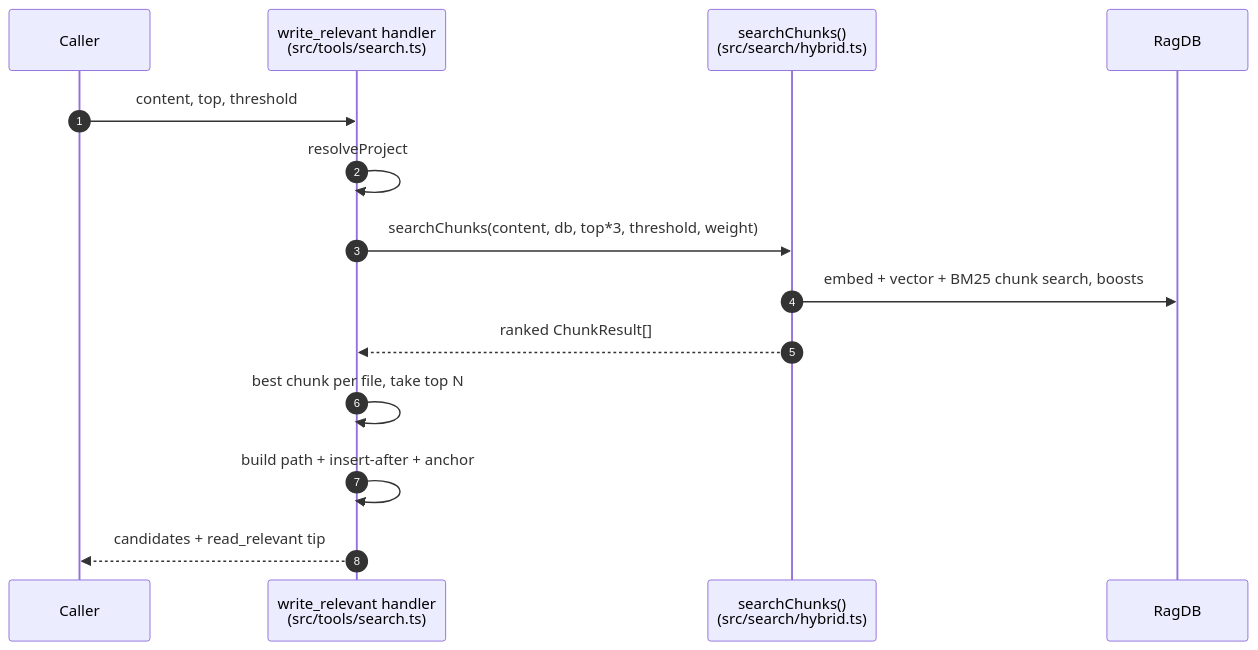
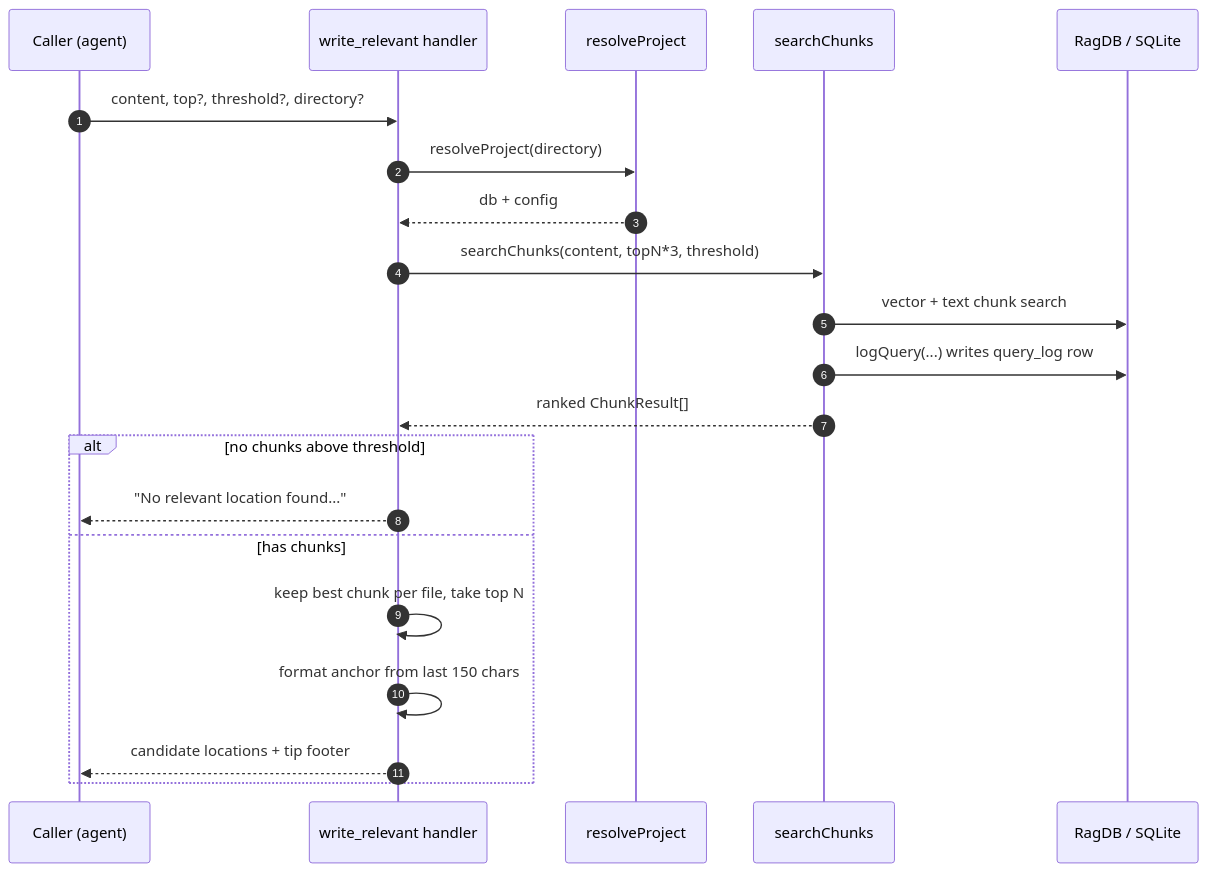
The diagram in wiki/tools/write-relevant.md (TheWinci/mimirs), drawn with Mermaid before and after one commit. The commit also changed other lines of this file and 51 other files, not shown here.

````diff
--- a/wiki/tools/write-relevant.md
+++ b/wiki/tools/write-relevant.md
@@ -33,16 +35,23 @@
 ```mermaid
 sequenceDiagram
-  autonumber
-  participant Caller
-  participant Handler as write_relevant handler<br>(src/tools/search.ts)
-  participant Svc as searchChunks()<br>(src/search/hybrid.ts)
-  participant DB as RagDB
-  Caller->>Handler: content, top, threshold
-  Handler->>Handler: resolveProject
-  Handler->>Svc: searchChunks(content, db, top*3, threshold, weight)
-  Svc->>DB: embed + vector + BM25 chunk search, boosts
-  Svc-->>Handler: ranked ChunkResult[]
-  Handler->>Handler: best chunk per file, take top N
-  Handler->>Handler: build path + insert-after + anchor
-  Handler-->>Caller: candidates + read_relevant tip
+    autonumber
+    participant Caller as Caller (agent)
+    participant Tool as write_relevant handler
+    participant Proj as resolveProject
+    participant SC as searchChunks
+    participant DB as RagDB / SQLite
+    Caller->>Tool: content, top?, threshold?, directory?
+    Tool->>Proj: resolveProject(directory)
+    Proj-->>Tool: db + config
+    Tool->>SC: searchChunks(content, topN*3, threshold)
+    SC->>DB: vector + text chunk search
+    SC->>DB: logQuery(...) writes query_log row
+    SC-->>Tool: ranked ChunkResult[]
+    alt no chunks above threshold
+        Tool-->>Caller: "No relevant location found..."
+    else has chunks
+        Tool->>Tool: keep best chunk per file, take top N
+        Tool->>Tool: format anchor from last 150 chars
+        Tool-->>Caller: candidate locations + tip footer
+    end
 ```
````
